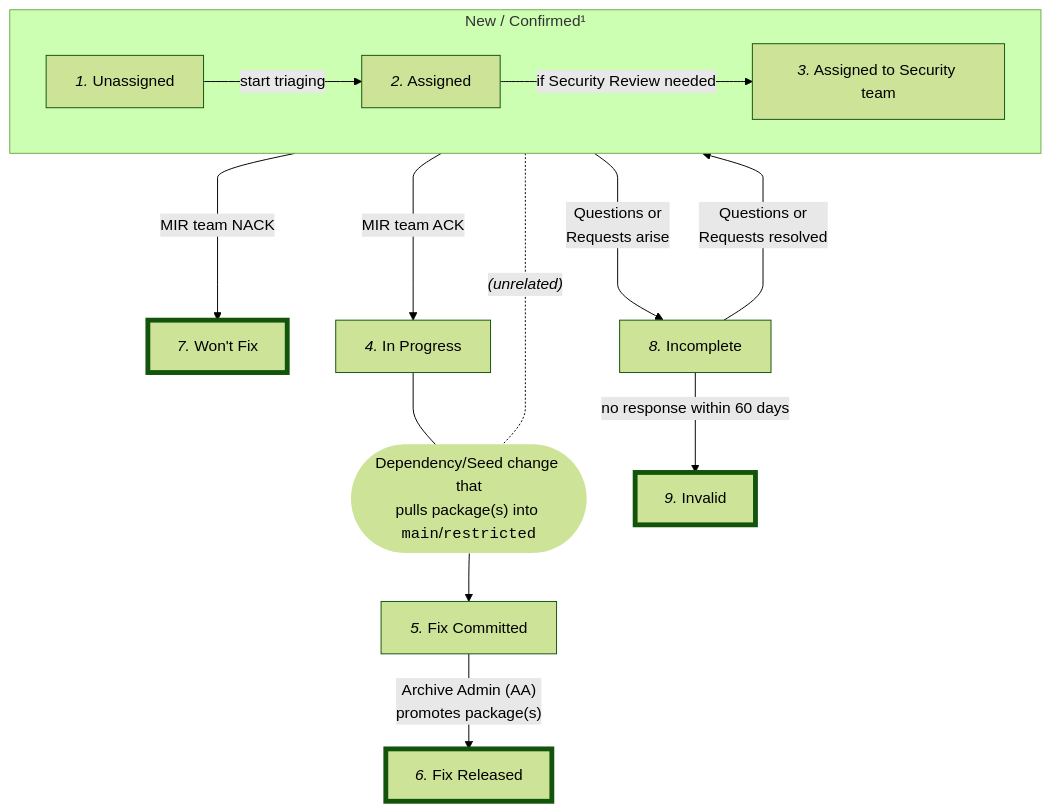
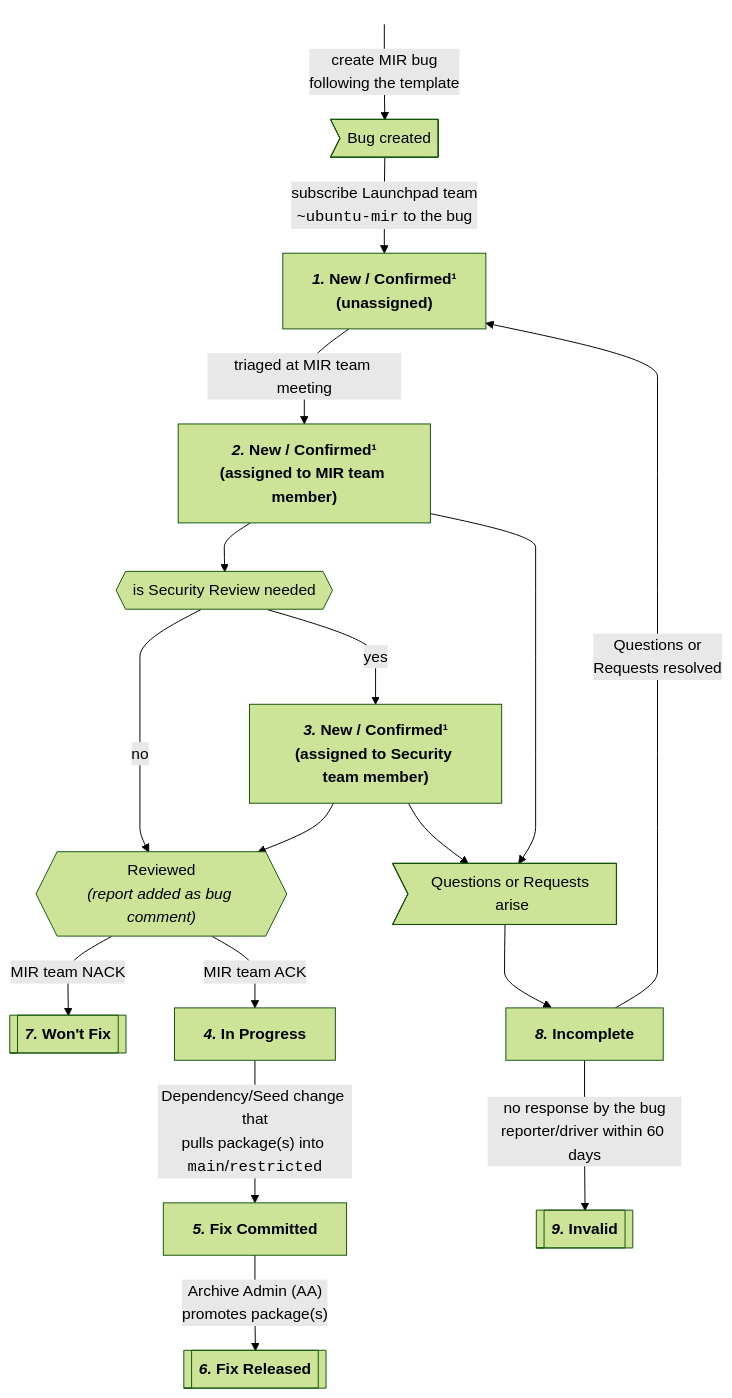
The diagram in README.md (canonical/ubuntu-mir), drawn with Mermaid (forest theme) before and after one commit. The commit also changed other lines of this file, not shown here.

Commit message:
docs: Incorporate Review Suggestion/Request

````diff
--- a/README.md
+++ b/README.md
@@ -20,40 +20,46 @@
 ```mermaid
 %% mermaid flowcharts documentation: https://mermaid.js.org/syntax/flowchart.html
 %%{ init: { 'flowchart': { 'curve': 'monotoneY' } } }%%
-flowchart TD 
-    subgraph New["New / Confirmed¹"]
-        Unassigned["<i>1.</i> Unassigned"]
-        Assigned["<i>2.</i> Assigned"]
-        AssignedToSecurity["<i>3.</i> Assigned to Security team"]
-        
-        Unassigned -->|"start triaging"| Assigned
-        Assigned -->|"if Security Review needed"| AssignedToSecurity
-    end
+flowchart TD
+    %% Styles
+    classDef Invisible stroke-width:0,fill:#00000000 
 
-    WontFix["<i>7.</i> Won't Fix"]:::FinalState
+    %% States
+    Unassigned["<b><i>1.</i> New / Confirmed¹<br>(unassigned)</b>"]
+    AssignedToMirTeamMember["<b><i>2.</i> New / Confirmed¹<br>(assigned to MIR team member)</b>"]
+    AssignedToSecurityTeamMember["<b><i>3.</i> New / Confirmed¹<br>(assigned to Security team member)</b>"]
+    WontFix[["<b><i>7.</i> Won't Fix</b>"]]
+    InProgress["<b><i>4.</i> In Progress</b>"]
+    FixCommitted["<b><i>5.</i> Fix Committed</b>"]
+    FixReleased[["<b><i>6.</i> Fix Released</b>"]]
+    Incomplete["<b><i>8.</i> Incomplete</b>"]
+    Invalid[["<b><i>9.</i> Invalid</b>"]]
 
-    InProgress["<i>4.</i> In Progress"]
-    FixCommitted["<i>5.</i> Fix Committed"]
-    DependencyOrSeedChanges(["Dependency/Seed change that<br>pulls package(s) into <code>main</code>/<code>restricted</code>"])
+    %% Meta States
+    Start((" ")):::Invisible
+    BugCreated>"Bug created"]
+    IsSecurityReviewNeeded{{"is Security Review needed"}}
+    Reviewed{{"Reviewed<br><i>(report added as bug comment)</i>"}}
+    QuestionsArise>"Questions or Requests arise"]
+    
+    %% Transitions
+    Start-->|"create MIR bug<br>following the template"| BugCreated
+    BugCreated-->|"subscribe Launchpad team<br><code>~ubuntu-mir</code> to the bug"|Unassigned
 
-    FixReleased["<i>6.</i> Fix Released"]:::FinalState
-    Incomplete["<i>8.</i> Incomplete"]
-    Invalid["<i>9.</i> Invalid"]:::FinalState
+    Unassigned -->|"triaged at MIR team meeting"| AssignedToMirTeamMember
+    AssignedToMirTeamMember --> IsSecurityReviewNeeded -->|"yes"| AssignedToSecurityTeamMember
 
-    New --->|"MIR team NACK"| WontFix
-    New --->|"MIR team ACK"| InProgress
+    IsSecurityReviewNeeded -->|"no"| Reviewed
+    AssignedToSecurityTeamMember --> Reviewed
+    Reviewed -->|"MIR team NACK"| WontFix
+    Reviewed -->|"MIR team ACK"| InProgress
 
-    New -.-|"<i>(unrelated)</i>"| DependencyOrSeedChanges 
-
-    InProgress --- DependencyOrSeedChanges
-    DependencyOrSeedChanges --> FixCommitted
+    InProgress -->|"Dependency/Seed change that<br>pulls package(s) into <code>main</code>/<code>restricted</code>"| FixCommitted
     FixCommitted -->|"Archive Admin (AA)</br>promotes package(s)"| FixReleased
 
-    New --->|"Questions or<br>Requests arise"| Incomplete
-    Incomplete -->|"Questions or<br>Requests resolved"| New
-    Incomplete -->|"no response within 60 days"| Invalid
-
-    %% Styling
-    style DependencyOrSeedChanges stroke-width:0px
-    classDef FinalState stroke-width:5px
+    AssignedToSecurityTeamMember --> QuestionsArise
+    AssignedToMirTeamMember --> QuestionsArise
+    QuestionsArise --> Incomplete
+    Incomplete -->|"Questions or<br>Requests resolved"| Unassigned
+    Incomplete -->|"no response by the bug<br>reporter/driver within 60 days"| Invalid
 ```
````
